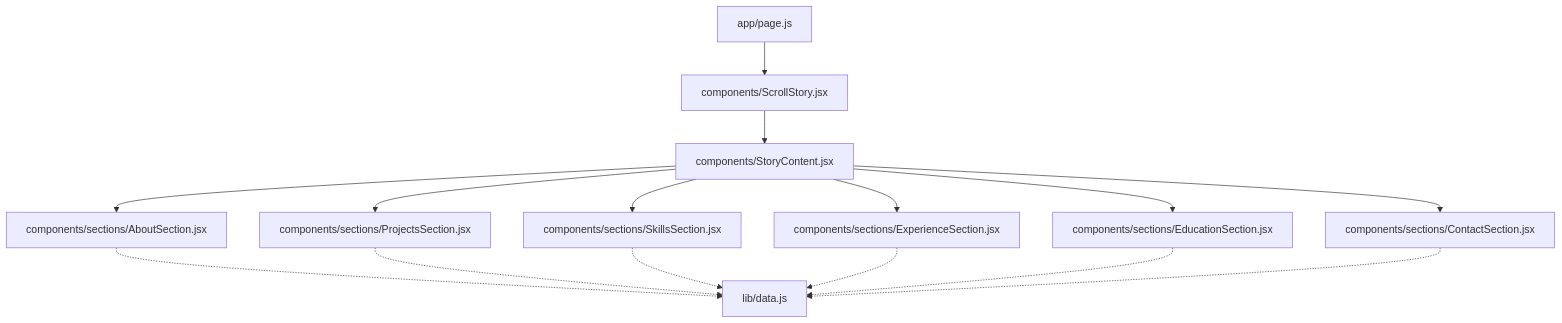
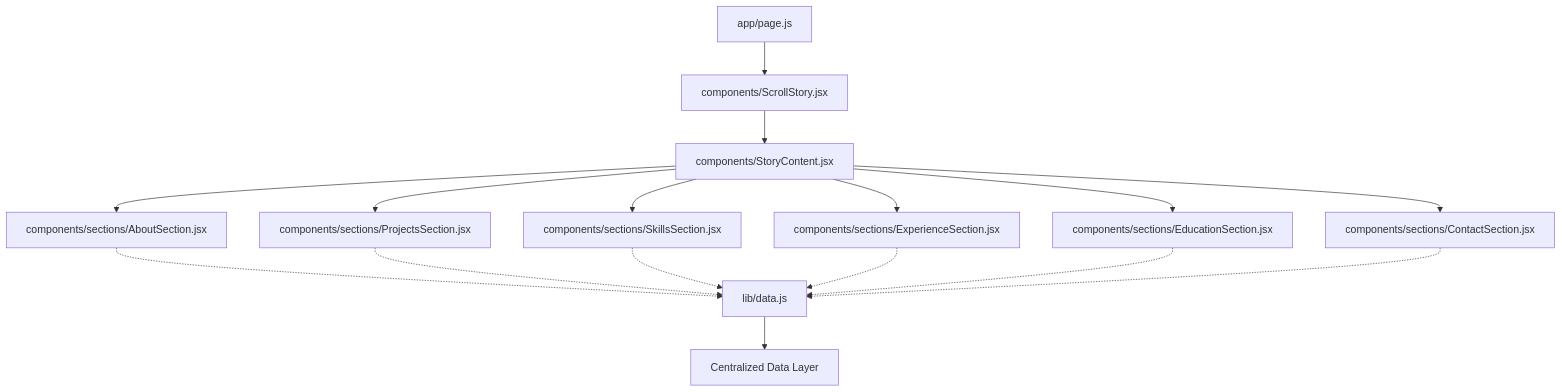
The first of 4 diagrams in .qoder/repowiki/en/content/Content Sections/Content Sections.md (emaanfatima312005-wq/emaan-portfolio), drawn with Mermaid before and after one commit. The commit also changed other lines of this file and 59 other files, not shown here.

````diff
--- a/.qoder/repowiki/en/content/Content Sections/Content Sections.md
+++ b/.qoder/repowiki/en/content/Content Sections/Content Sections.md
@@ -36,17 +43,18 @@
 ```mermaid
 graph TB
 A["app/page.js"] --> B["components/ScrollStory.jsx"]
 B --> C["components/StoryContent.jsx"]
 C --> D["components/sections/AboutSection.jsx"]
 C --> E["components/sections/ProjectsSection.jsx"]
 C --> F["components/sections/SkillsSection.jsx"]
 C --> G["components/sections/ExperienceSection.jsx"]
 C --> H["components/sections/EducationSection.jsx"]
 C --> I["components/sections/ContactSection.jsx"]
 D -.-> J["lib/data.js"]
 E -.-> J
 F -.-> J
 G -.-> J
 H -.-> J
 I -.-> J
+J --> K["Centralized Data Layer"]
 ```
````
